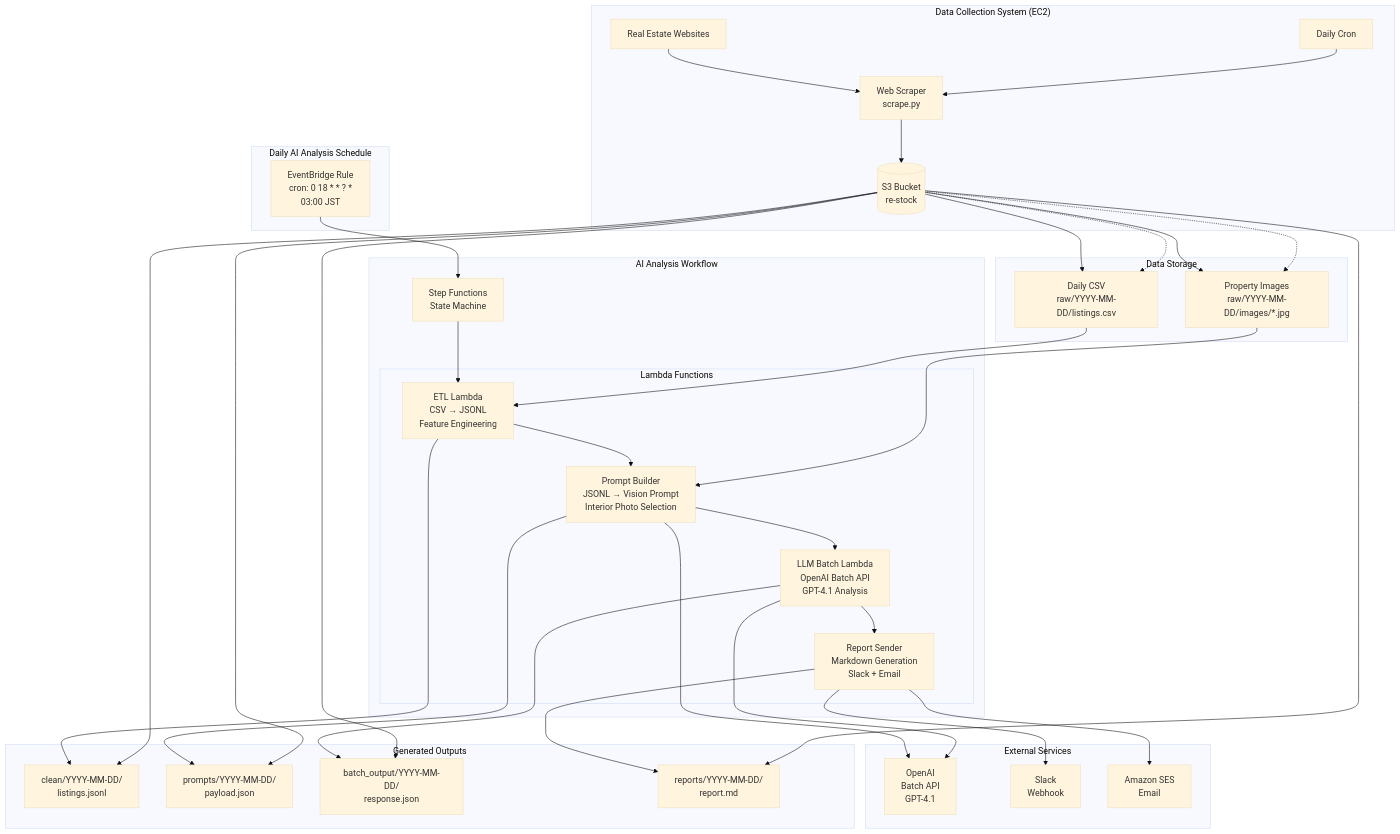
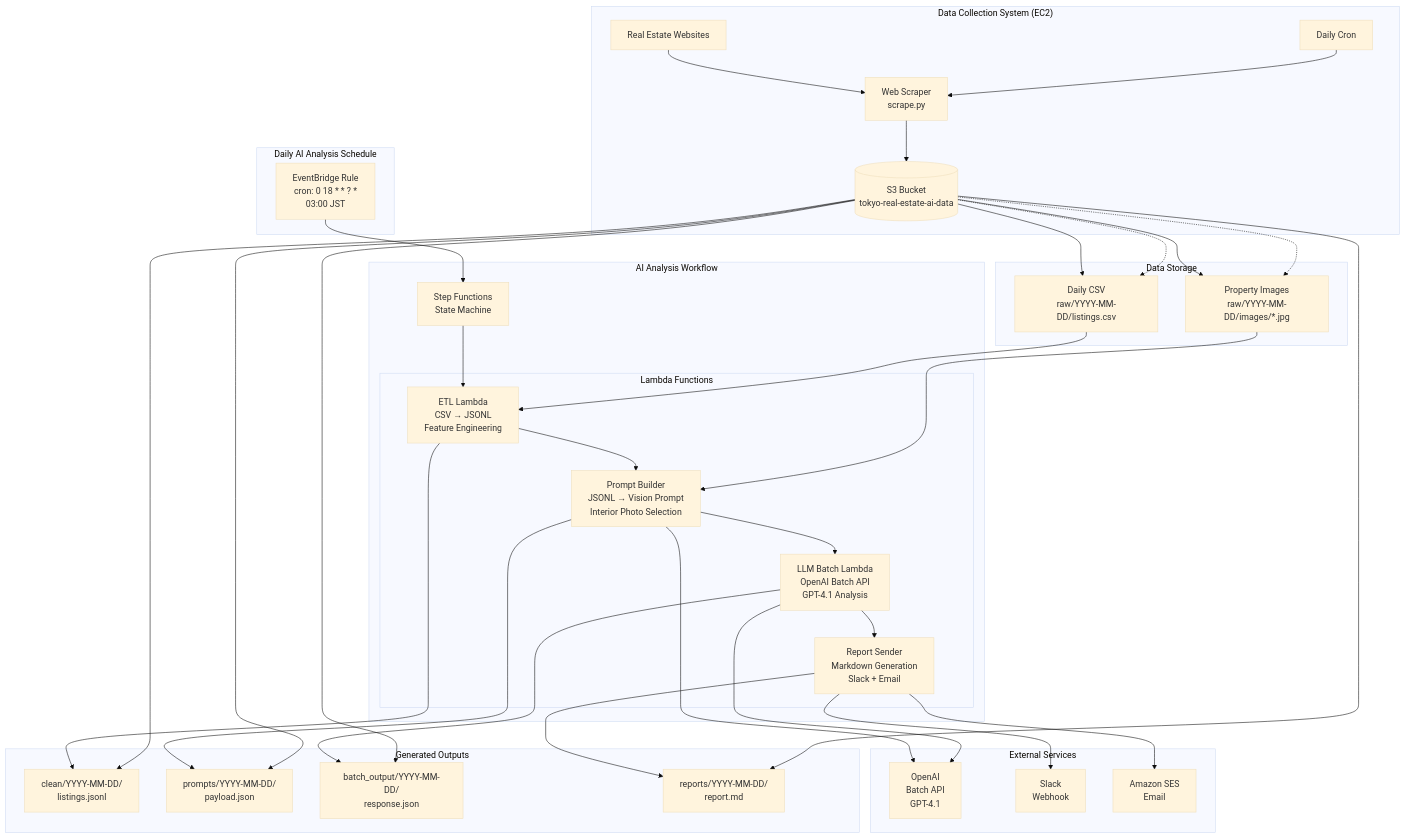
Before and after one commit to jpns3334444/scraper: the diagram in docs/architecture.md, drawn with Mermaid (base theme). The commit also changed other lines of this file and 21 other files, not shown here.

````diff
--- a/docs/architecture.md
+++ b/docs/architecture.md
@@ -14,65 +14,65 @@
 ```mermaid
 graph TB
     subgraph "Data Collection System (EC2)"
         WEB[Real Estate Websites] --> SCRAPER[Web Scraper<br/>scrape.py]
-        SCRAPER --> S3[(S3 Bucket<br/>re-stock)]
+        SCRAPER --> S3[(S3 Bucket<br/>tokyo-real-estate-ai-data)]
         CRON1[Daily Cron] --> SCRAPER
     end
     
     subgraph "Data Storage"
         S3 --> CSV[Daily CSV<br/>raw/YYYY-MM-DD/listings.csv]
         S3 --> IMG[Property Images<br/>raw/YYYY-MM-DD/images/*.jpg]
     end
     
     subgraph "Daily AI Analysis Schedule"
         EB[EventBridge Rule<br/>cron: 0 18 * * ? *<br/>03:00 JST]
     end
     
     subgraph "AI Analysis Workflow"
         SF[Step Functions<br/>State Machine]
         
         subgraph "Lambda Functions"
             L1[ETL Lambda<br/>CSV → JSONL<br/>Feature Engineering]
             L2[Prompt Builder<br/>JSONL → Vision Prompt<br/>Interior Photo Selection]
             L3[LLM Batch Lambda<br/>OpenAI Batch API<br/>GPT-4.1 Analysis]
             L4[Report Sender<br/>Markdown Generation<br/>Slack + Email]
         end
     end
     
     subgraph "External Services"
         OAI[OpenAI<br/>Batch API<br/>GPT-4.1]
         SLACK[Slack<br/>Webhook]
         SES[Amazon SES<br/>Email]
     end
     
     subgraph "Generated Outputs"
         JSONL[clean/YYYY-MM-DD/<br/>listings.jsonl]
         PROMPT[prompts/YYYY-MM-DD/<br/>payload.json]
         RESULT[batch_output/YYYY-MM-DD/<br/>response.json]
         REPORT[reports/YYYY-MM-DD/<br/>report.md]
     end
     
     EB --> SF
     SF --> L1
     L1 --> L2
     L2 --> L3
     L3 --> L4
     
     CSV --> L1
     IMG --> L2
     L1 --> JSONL
     L2 --> PROMPT
     L2 --> OAI
     L3 --> OAI
     L3 --> RESULT
     L4 --> REPORT
     L4 --> SLACK
     L4 --> SES
     
     S3 -.-> CSV
     S3 -.-> IMG
     S3 --> JSONL
     S3 --> PROMPT
     S3 --> RESULT
     S3 --> REPORT
 ```
````
